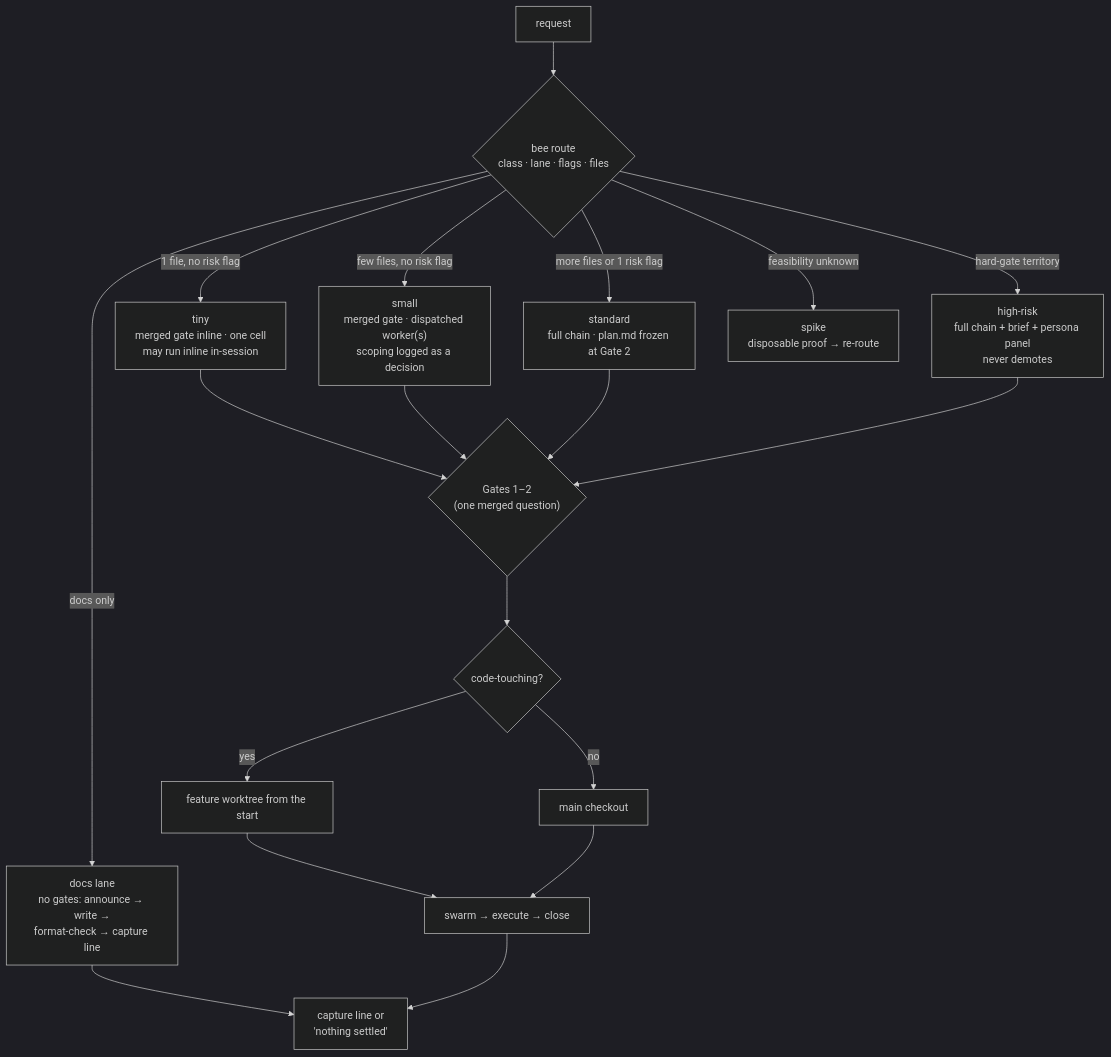
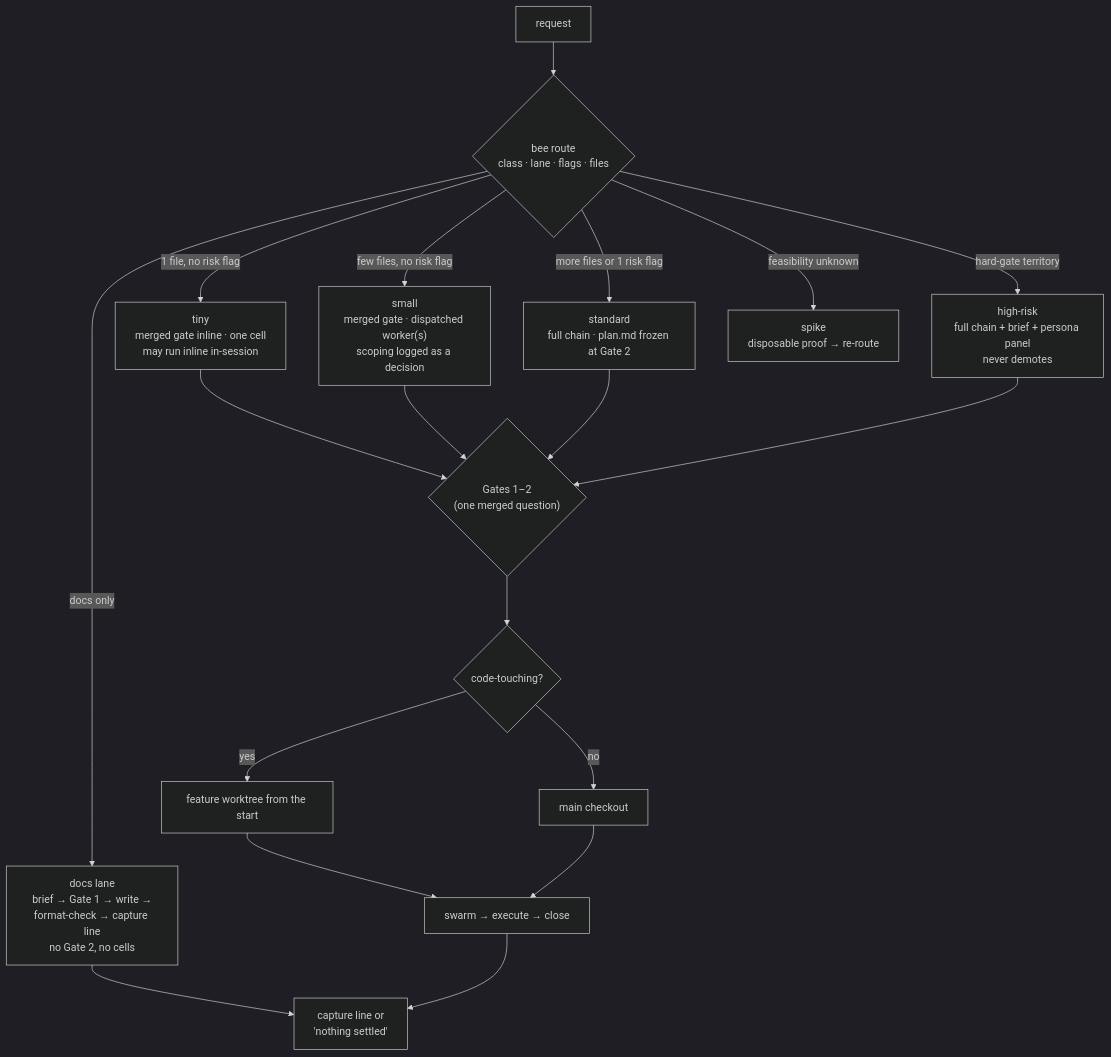
The fourth of 6 diagrams in docs/handbook/architecture-map.md (thanhsmind/beehive), drawn with Mermaid (dark theme) before and after one commit. The commit also changed other lines of this file and 5 other files, not shown here.

````diff
--- a/docs/handbook/architecture-map.md
+++ b/docs/handbook/architecture-map.md
@@ -161,17 +162,17 @@
 ```mermaid
 flowchart TB
     REQ["request"] --> ROUTE{"bee route<br/>class · lane · flags · files"}
-    ROUTE -->|docs only| DOCS["docs lane<br/>no gates: announce → write →<br/>format-check → capture line"]
+    ROUTE -->|docs only| DOCS["docs lane<br/>brief → Gate 1 → write →<br/>format-check → capture line<br/>no Gate 2, no cells"]
     ROUTE -->|1 file, no risk flag| TINY["tiny<br/>merged gate inline · one cell<br/>may run inline in-session"]
     ROUTE -->|few files, no risk flag| SMALL["small<br/>merged gate · dispatched worker(s)<br/>scoping logged as a decision"]
     ROUTE -->|more files or 1 risk flag| STD["standard<br/>full chain · plan.md frozen at Gate 2"]
     ROUTE -->|hard-gate territory| HIGH["high-risk<br/>full chain + brief + persona panel<br/>never demotes"]
     ROUTE -->|feasibility unknown| SPIKE["spike<br/>disposable proof → re-route"]
     TINY & SMALL & STD & HIGH --> GATES{"Gates 1–2<br/>(one merged question)"}
     GATES --> WTQ{"code-touching?"}
     WTQ -->|yes| WTREE["feature worktree from the start"]
     WTQ -->|no| MAIN["main checkout"]
     WTREE & MAIN --> SWARM["swarm → execute → close"]
     DOCS --> CAP["capture line or<br/>'nothing settled'"]
     SWARM --> CAP
 ```
````
